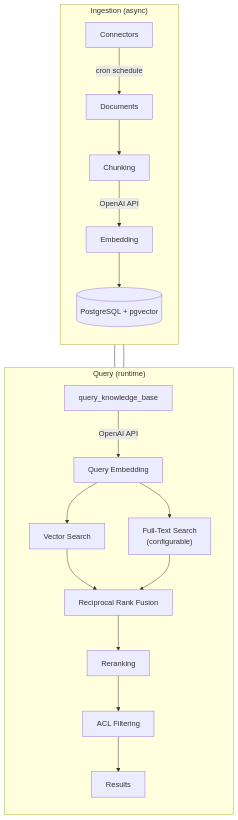
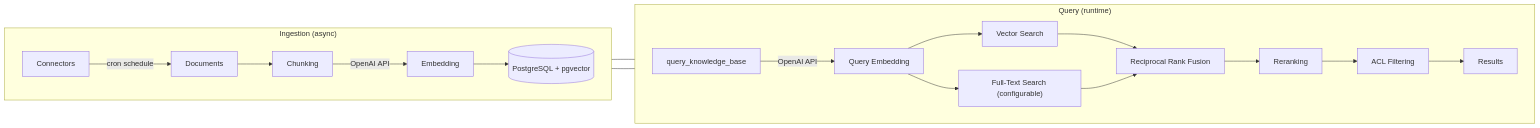
One commit to archestra-ai/archestra changed the diagram in docs/pages/platform-knowledge-bases.md. Above: the diagram before and after it, drawn with Mermaid.

Commit message:
docs: make knowledge bases architecture diagram horizontal
Change the mermaid flowchart from top-to-bottom (TB) to left-to-right (LR)
layout to reduce vertical space in the rendered docs.

````diff
--- a/docs/pages/platform-knowledge-bases.md
+++ b/docs/pages/platform-knowledge-bases.md
@@ -20,25 +20,25 @@
 ```mermaid
-flowchart TB
+flowchart LR
     subgraph Ingestion["Ingestion (async)"]
-        direction TB
+        direction LR
         C[Connectors] -->|cron schedule| D[Documents]
         D --> CH[Chunking]
         CH -->|OpenAI API| E[Embedding]
         E --> PG[(PostgreSQL + pgvector)]
     end
 
     subgraph Query["Query (runtime)"]
-        direction TB
+        direction LR
         Q[query_knowledge_base] -->|OpenAI API| QE[Query Embedding]
         QE --> VS[Vector Search]
-        QE --> FTS["Full-Text Search<br/>(configurable)"]
+        QE --> FTS["Full-Text Search (configurable)"]
         VS --> RRF[Reciprocal Rank Fusion]
         FTS --> RRF
         RRF --> RR[Reranking]
         RR --> ACL[ACL Filtering]
         ACL --> R[Results]
     end
 
     PG --- VS
     PG --- FTS
 ```
````
